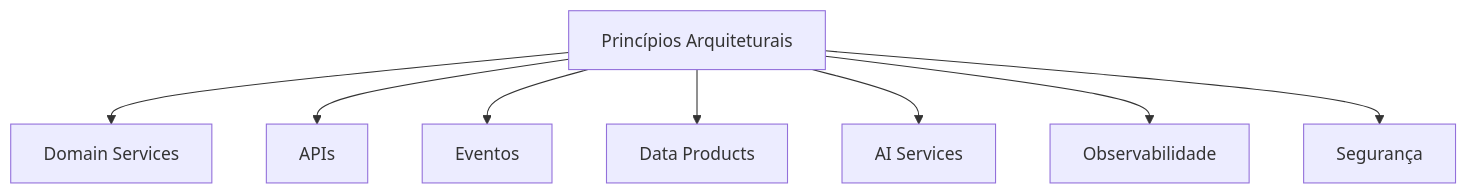
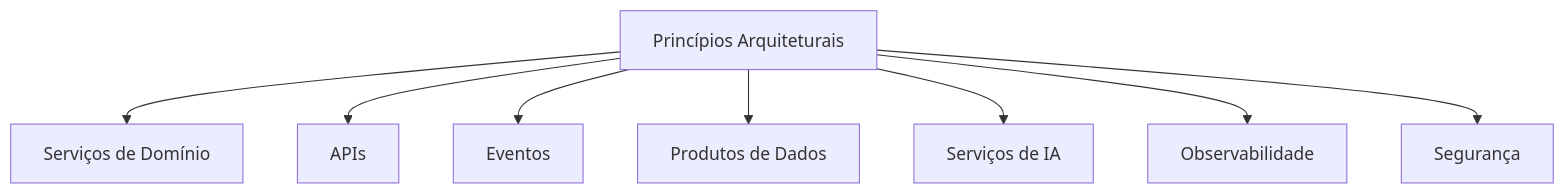
The diagram in programs/02-enterprise-data-ai-platform/application-architecture/application-architecture-principles.md (rogereufrasio/adtech-omnichannel-platform), drawn with Mermaid before and after one commit. The commit also changed other lines of this file and 260 other files, not shown here.

Commit message:
release: finalize Enterprise Architecture Practice v1.0.0

````diff
--- a/programs/02-enterprise-data-ai-platform/application-architecture/application-architecture-principles.md
+++ b/programs/02-enterprise-data-ai-platform/application-architecture/application-architecture-principles.md
@@ -156,19 +156,19 @@
 ```mermaid
 flowchart TB
 
 PRINCIPLES["Princípios Arquiteturais"]
 
-PRINCIPLES --> DOMAIN["Domain Services"]
+PRINCIPLES --> DOMAIN["Serviços de Domínio"]
 
 PRINCIPLES --> APIs["APIs"]
 
 PRINCIPLES --> EVENTS["Eventos"]
 
-PRINCIPLES --> DATA["Data Products"]
+PRINCIPLES --> DATA["Produtos de Dados"]
 
-PRINCIPLES --> AI["AI Services"]
+PRINCIPLES --> AI["Serviços de IA"]
 
 PRINCIPLES --> OBS["Observabilidade"]
 
 PRINCIPLES --> SEC["Segurança"]
 ```
````
